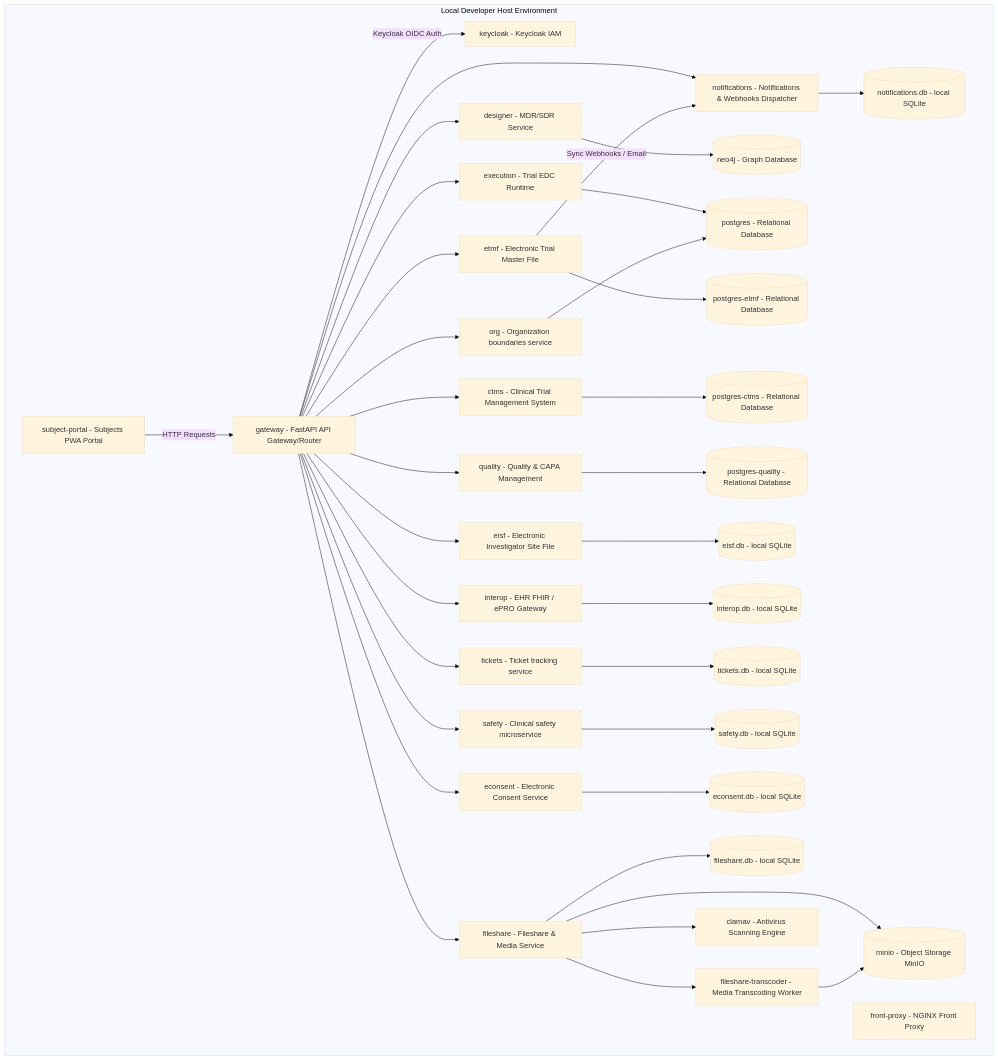
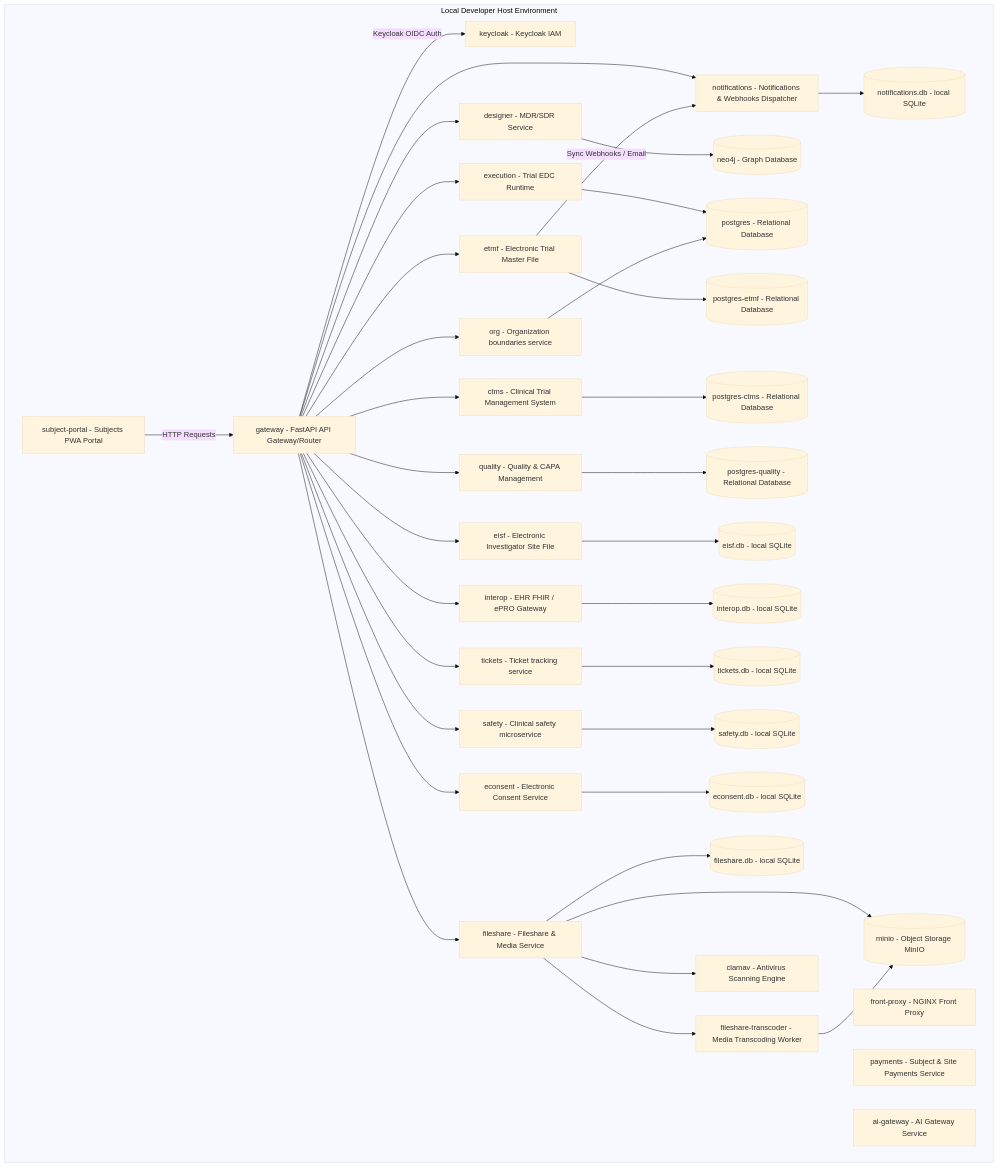
The second of 11 diagrams in docs/SDLC/02_Technical_Design_Document_TDD.md (fderuiter/cadence-clinical), drawn with Mermaid (base theme) before and after one commit. The commit also changed other lines of this file and 5 other files, not shown here.

Commit message:
feat(cli): enforce strict exit code on architecture drift and add exclusion ledger

```diff
--- a/docs/SDLC/02_Technical_Design_Document_TDD.md
+++ b/docs/SDLC/02_Technical_Design_Document_TDD.md
@@ -137,6 +137,8 @@
         econsent[econsent - Electronic Consent Service]
         fileshare[fileshare - Fileshare & Media Service]
         fileshare-transcoder[fileshare-transcoder - Media Transcoding Worker]
+        payments[payments - Subject & Site Payments Service]
+        ai-gateway[ai-gateway - AI Gateway Service]
         clamav[clamav - Antivirus Scanning Engine]
 
         %% Databases & Object Storage
```
